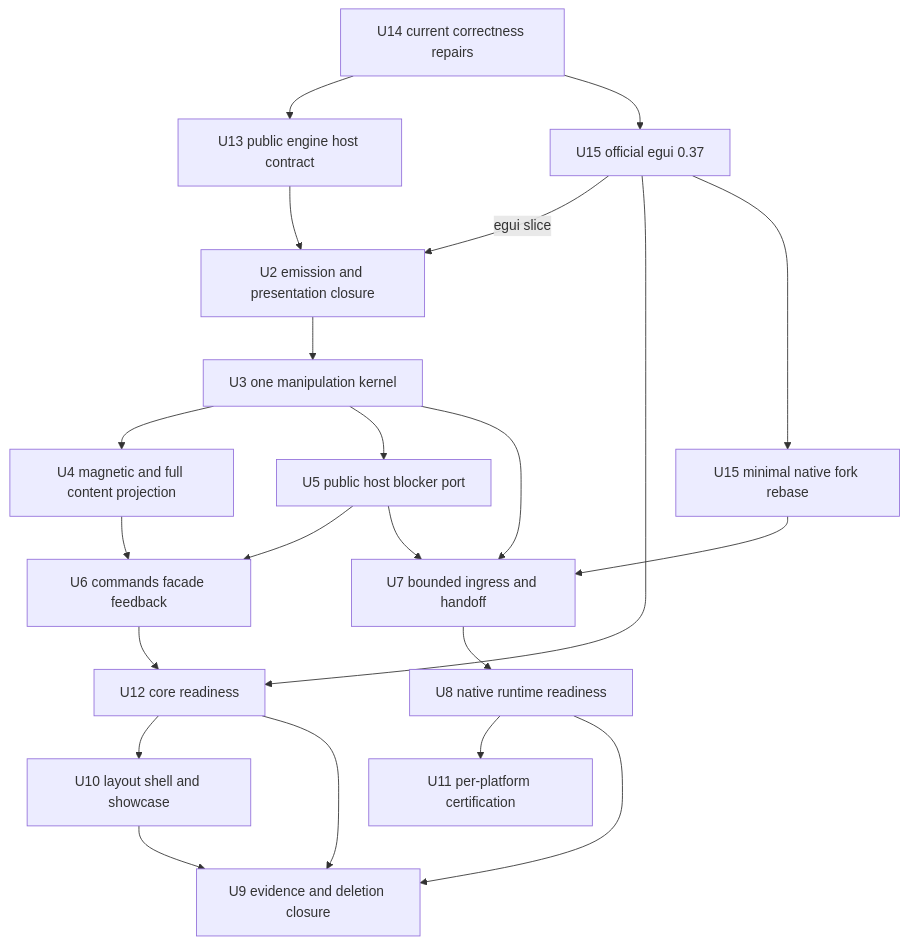
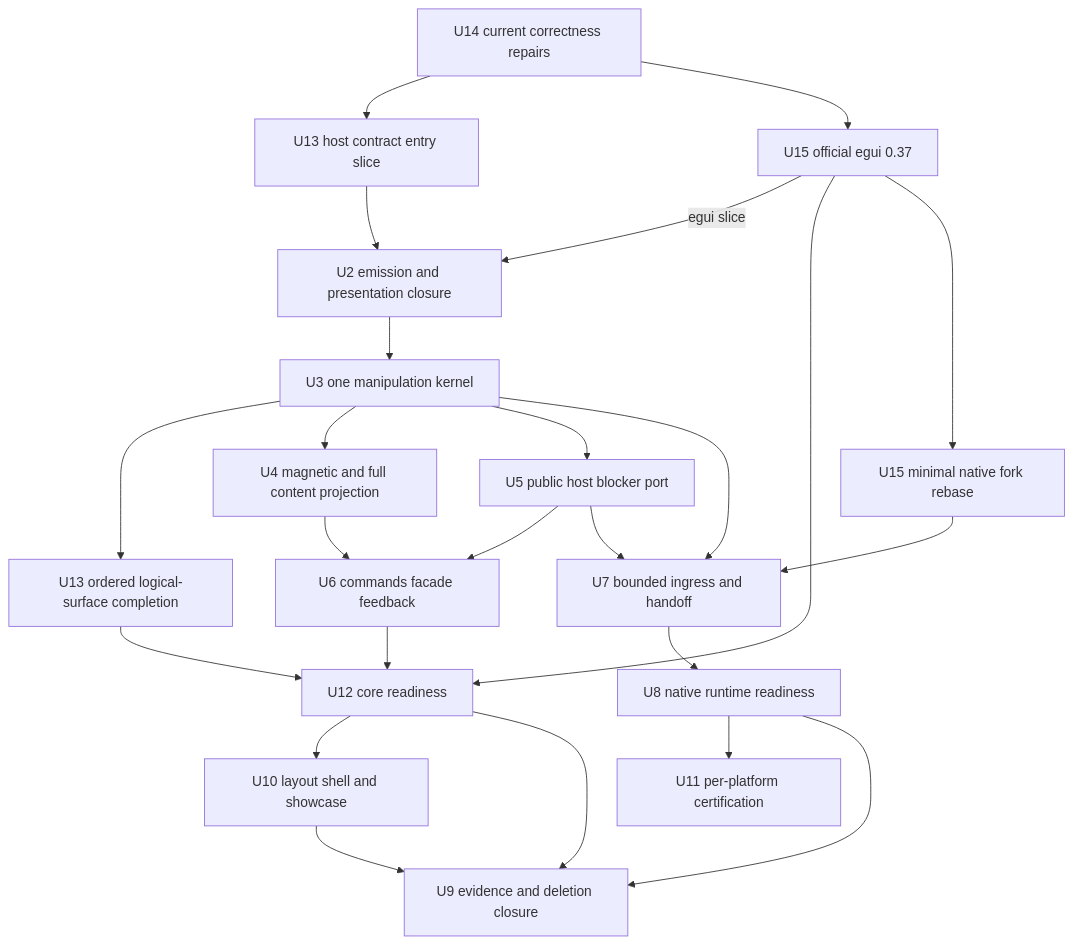
Before and after one commit to Latias94/egui_docking: the fourth of 4 diagrams in docs/plans/2026-08-21-1357-refactor-dockspace-direct-manipulation-experience-plan.md, drawn with Mermaid. The commit also changed other lines of this file and 63 other files, not shown here.

First line of the commit message:
refactor(host)!: validate exact surface outputs on egui 0.37

````diff
--- a/docs/plans/2026-08-21-1357-refactor-dockspace-direct-manipulation-experience-plan.md
+++ b/docs/plans/2026-08-21-1357-refactor-dockspace-direct-manipulation-experience-plan.md
@@ -353,24 +353,26 @@
 ```mermaid
 flowchart TB
-  U14[U14 current correctness repairs] --> U13[U13 public engine host contract]
+  U14[U14 current correctness repairs] --> U13[U13 host contract entry slice]
   U14 --> U15A[U15 official egui 0.37]
   U13 --> U2[U2 emission and presentation closure]
+  U3 --> U13B[U13 ordered logical-surface completion]
   U15A -->|egui slice| U2
   U2 --> U3[U3 one manipulation kernel]
   U3 --> U4[U4 magnetic and full content projection]
   U3 --> U5[U5 public host blocker port]
   U4 --> U6[U6 commands facade feedback]
   U5 --> U6
   U6 --> U12[U12 core readiness]
+  U13B --> U12
   U15A --> U12
   U12 --> U10[U10 layout shell and showcase]
   U3 --> U7[U7 bounded ingress and handoff]
   U5 --> U7
   U15A --> U15B[U15 minimal native fork rebase]
   U15B --> U7
   U7 --> U8[U8 native runtime readiness]
   U8 --> U11[U11 per-platform certification]
   U12 --> U9[U9 evidence and deletion closure]
   U10 --> U9
   U8 --> U9
 ```
````
